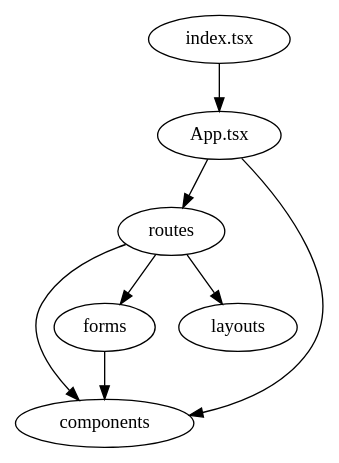
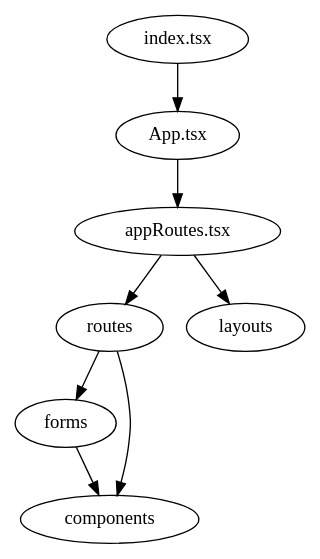
One commit to cwellsx/view changed the diagram in packages/ui-react/dependencies.dot. Above: the diagram before and after it, drawn with Graphviz. The commit also changed 26 other files, not shown here.

Commit message:
move data fetching into the appRoutes module

```diff
--- a/packages/ui-react/dependencies.dot
+++ b/packages/ui-react/dependencies.dot
@@ -1,6 +1,7 @@
 digraph SRC {
   "index.tsx" -> "App.tsx";
-  "App.tsx" -> {"routes" "components"};
-  "routes" -> {"forms" "components" "layouts"};
+  "App.tsx" -> "appRoutes.tsx";
+  "appRoutes.tsx" -> {"routes" "layouts"};
+  "routes" -> {"forms" "components"};
   "forms" -> "components";
 }
```
